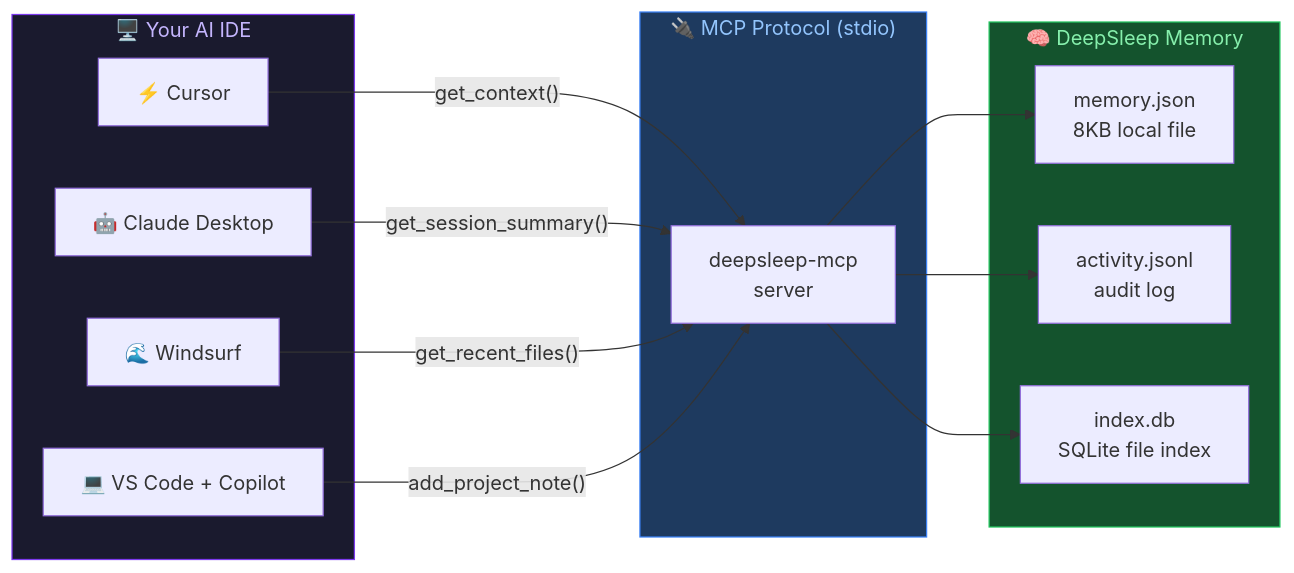
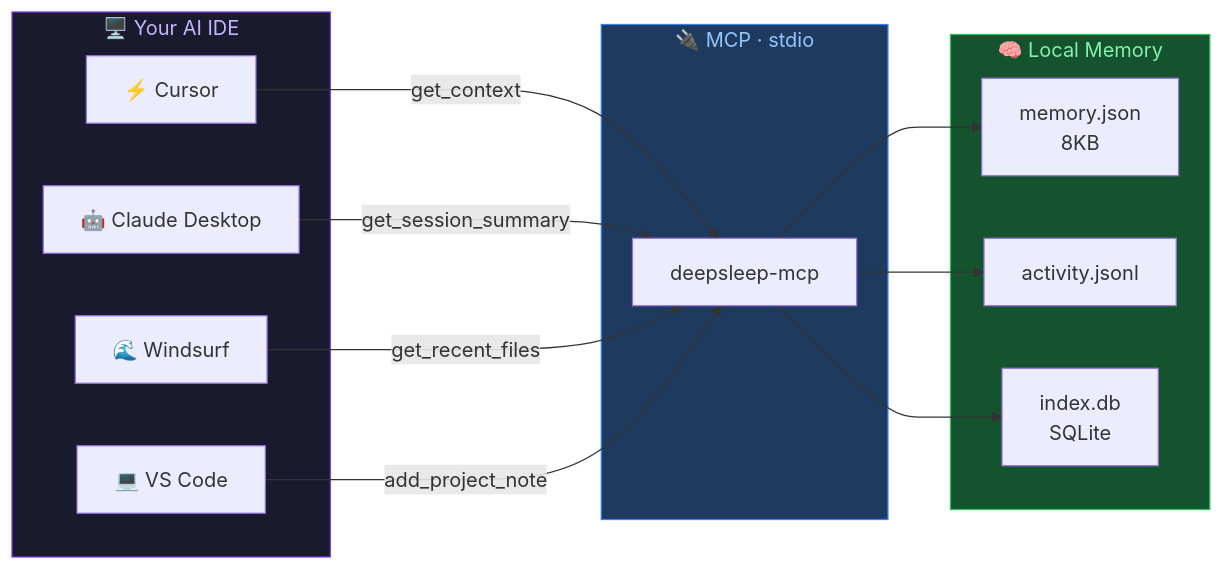
One commit to Keshavsharma-code/DeepSleep-beta changed the fourth of 9 diagrams in README.md. Above: the diagram before and after it, drawn with Mermaid. The commit also changed other lines of this file and 8 other files, not shown here.

````diff
--- a/README.md
+++ b/README.md
@@ -88,32 +129,31 @@
 ```mermaid
 flowchart LR
     subgraph IDEs["🖥️ Your AI IDE"]
         cursor["⚡ Cursor"]
         claude["🤖 Claude Desktop"]
         wind["🌊 Windsurf"]
-        vscode["💻 VS Code + Copilot"]
+        vscode["💻 VS Code"]
     end
 
-    subgraph MCP["🔌 MCP Protocol (stdio)"]
-        server["deepsleep-mcp\nserver"]
+    subgraph MCP["🔌 MCP · stdio"]
+        server["deepsleep-mcp"]
     end
 
-    subgraph Memory["🧠 DeepSleep Memory"]
-        mem["memory.json\n8KB local file"]
-        log["activity.jsonl\naudit log"]
-        idx["index.db\nSQLite file index"]
+    subgraph Local["🧠 Local Memory"]
+        mem["memory.json\n8KB"]
+        log["activity.jsonl"]
+        idx["index.db\nSQLite"]
     end
 
-    cursor -->|"get_context()"| server
-    claude -->|"get_session_summary()"| server
-    wind -->|"get_recent_files()"| server
-    vscode -->|"add_project_note()"| server
-
+    cursor -->|get_context| server
+    claude -->|get_session_summary| server
+    wind -->|get_recent_files| server
+    vscode -->|add_project_note| server
     server --> mem
     server --> log
     server --> idx
 
     style IDEs fill:#1a1a2e,color:#c4b5fd,stroke:#7c3aed
     style MCP fill:#1e3a5f,color:#93c5fd,stroke:#3b82f6
-    style Memory fill:#14532d,color:#86efac,stroke:#22c55e
+    style Local fill:#14532d,color:#86efac,stroke:#22c55e
 ```
````
